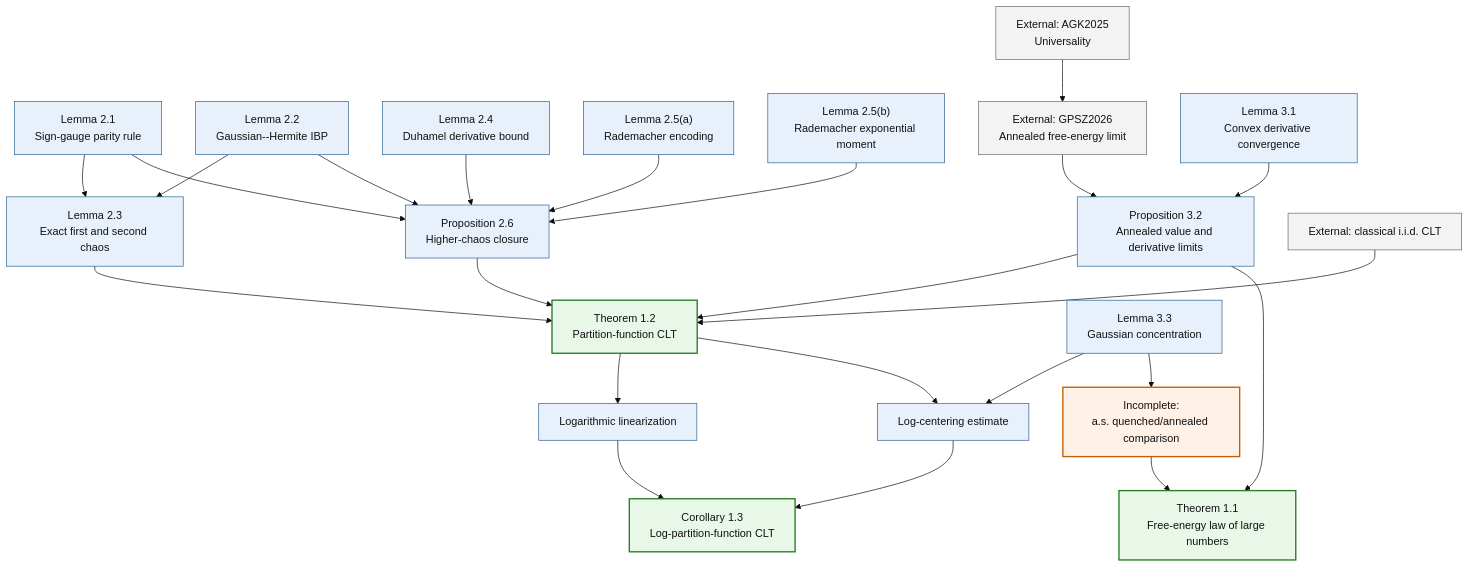
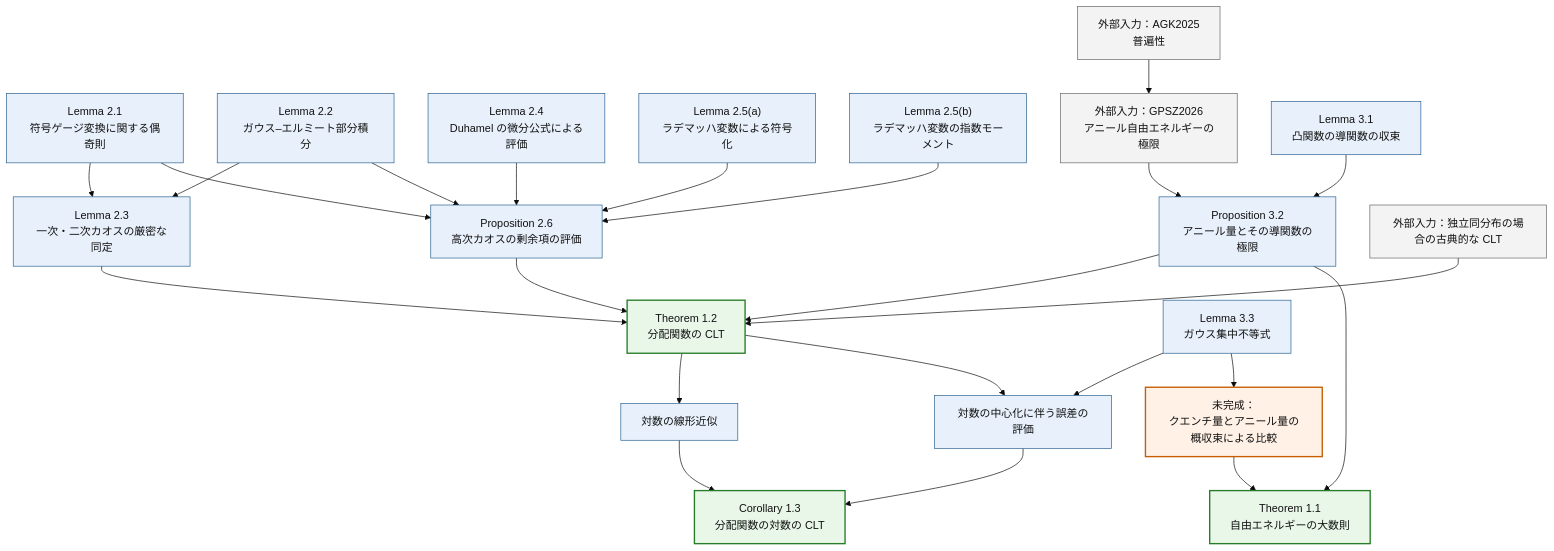
Before and after one commit to TokyoProbabilityGroup/SYK_CLT: the second of 2 diagrams in CLT/ARCHITECTURE.md, drawn with Mermaid (base theme). The commit also changed other lines of this file and 11 other files, not shown here.

````diff
--- a/CLT/ARCHITECTURE.md
+++ b/CLT/ARCHITECTURE.md
@@ -147,54 +157,54 @@
 ```mermaid
 flowchart TD
-    parity["Lemma 2.1<br/>Sign-gauge parity rule"]
-    ibp["Lemma 2.2<br/>Gaussian--Hermite IBP"]
-    second["Lemma 2.3<br/>Exact first and second chaos"]
-    duhamel["Lemma 2.4<br/>Duhamel derivative bound"]
-    radenc["Lemma 2.5(a)<br/>Rademacher encoding"]
-    radmoment["Lemma 2.5(b)<br/>Rademacher exponential moment"]
-    remainder["Proposition 2.6<br/>Higher-chaos closure"]
-    agk["External: AGK2025<br/>Universality"]
-    gpsz["External: GPSZ2026<br/>Annealed free-energy limit"]
-    convex["Lemma 3.1<br/>Convex derivative convergence"]
-    annealed["Proposition 3.2<br/>Annealed value and derivative limits"]
-    iid["External: classical i.i.d. CLT"]
-    partition["Theorem 1.2<br/>Partition-function CLT"]
-    local["Logarithmic linearization"]
-    concentration["Lemma 3.3<br/>Gaussian concentration"]
-    centering["Log-centering estimate"]
-    logclt["Corollary 1.3<br/>Log-partition-function CLT"]
-    quenched["Incomplete:<br/>a.s. quenched/annealed comparison"]
-    freeenergy["Theorem 1.1<br/>Free-energy law of large numbers"]
+    parity["Lemma 2.1<br/>符号ゲージ変換に関する偶奇則"]
+    ibp["Lemma 2.2<br/>ガウス–エルミート部分積分"]
+    second["Lemma 2.3<br/>一次・二次カオスの厳密な同定"]
+    duhamel["Lemma 2.4<br/>Duhamel の微分公式による評価"]
+    radenc["Lemma 2.5(a)<br/>ラデマッハ変数による符号化"]
+    radmoment["Lemma 2.5(b)<br/>ラデマッハ変数の指数モーメント"]
+    remainder["Proposition 2.6<br/>高次カオスの剰余項の評価"]
+    agk["外部入力：AGK2025<br/>普遍性"]
+    gpsz["外部入力：GPSZ2026<br/>アニール自由エネルギーの極限"]
+    convex["Lemma 3.1<br/>凸関数の導関数の収束"]
+    annealed["Proposition 3.2<br/>アニール量とその導関数の極限"]
+    iid["外部入力：独立同分布の場合の古典的な CLT"]
+    partition["Theorem 1.2<br/>分配関数の CLT"]
+    local["対数の線形近似"]
+    concentration["Lemma 3.3<br/>ガウス集中不等式"]
+    centering["対数の中心化に伴う誤差の評価"]
+    logclt["Corollary 1.3<br/>分配関数の対数の CLT"]
+    quenched["未完成：<br/>クエンチ量とアニール量の概収束による比較"]
+    freeenergy["Theorem 1.1<br/>自由エネルギーの大数則"]
 
     parity --> second
     ibp --> second
     parity --> remainder
     ibp --> remainder
     duhamel --> remainder
     radenc --> remainder
     radmoment --> remainder
     agk --> gpsz
     gpsz --> annealed
     convex --> annealed
     second --> partition
     remainder --> partition
     annealed --> partition
     iid --> partition
     partition --> local
     local --> logclt
     partition --> centering
     concentration --> centering
     centering --> logclt
     annealed --> freeenergy
     concentration --> quenched
     quenched --> freeenergy
 
     classDef internal fill:#e8f1fb,stroke:#286090,color:#111;
     classDef external fill:#f3f3f3,stroke:#666,color:#111;
     classDef main fill:#e9f7e9,stroke:#287d28,stroke-width:2px,color:#111;
     classDef incomplete fill:#fff1e6,stroke:#c65d00,stroke-width:2px,color:#111;
     class parity,ibp,second,duhamel,radenc,radmoment,remainder,convex,annealed,local,concentration,centering internal;
     class agk,gpsz,iid external;
     class partition,logclt,freeenergy main;
     class quenched incomplete;
 ```
````
